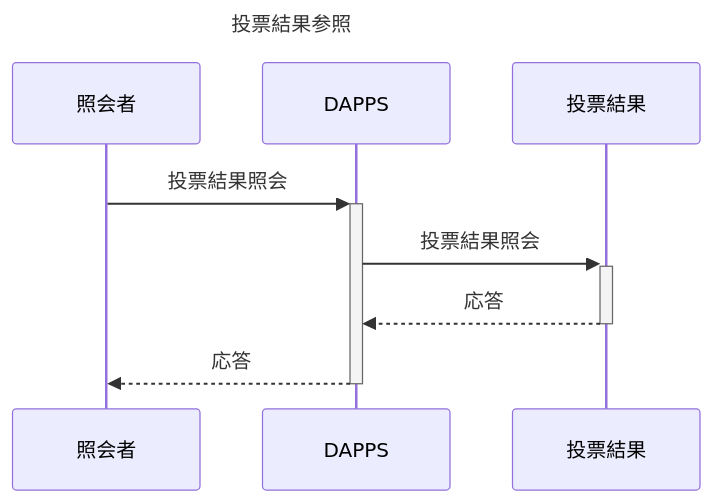
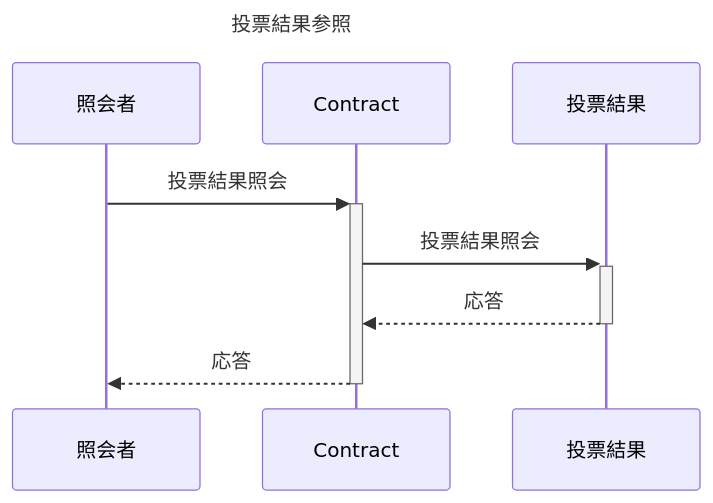
One commit to PLUSPLUS-JP/crypto-vote changed the diagram in sequence-diagram/get-result.mmd. Above: the diagram before and after it, drawn with Mermaid. The commit also changed 6 other files, not shown here.

```diff
--- a/sequence-diagram/get-result.mmd
+++ b/sequence-diagram/get-result.mmd
@@ -1,10 +1,10 @@
 sequenceDiagram
 Title: 投票結果参照
 participant HUMAN AS 照会者
-participant DAPPS
+participant DAPPS AS Contract
 participant RT AS 投票結果
 
 HUMAN ->>+ DAPPS: 投票結果照会
     DAPPS ->>+ RT: 投票結果照会
     RT -->>- DAPPS : 応答
 DAPPS -->>- HUMAN : 応答
```
